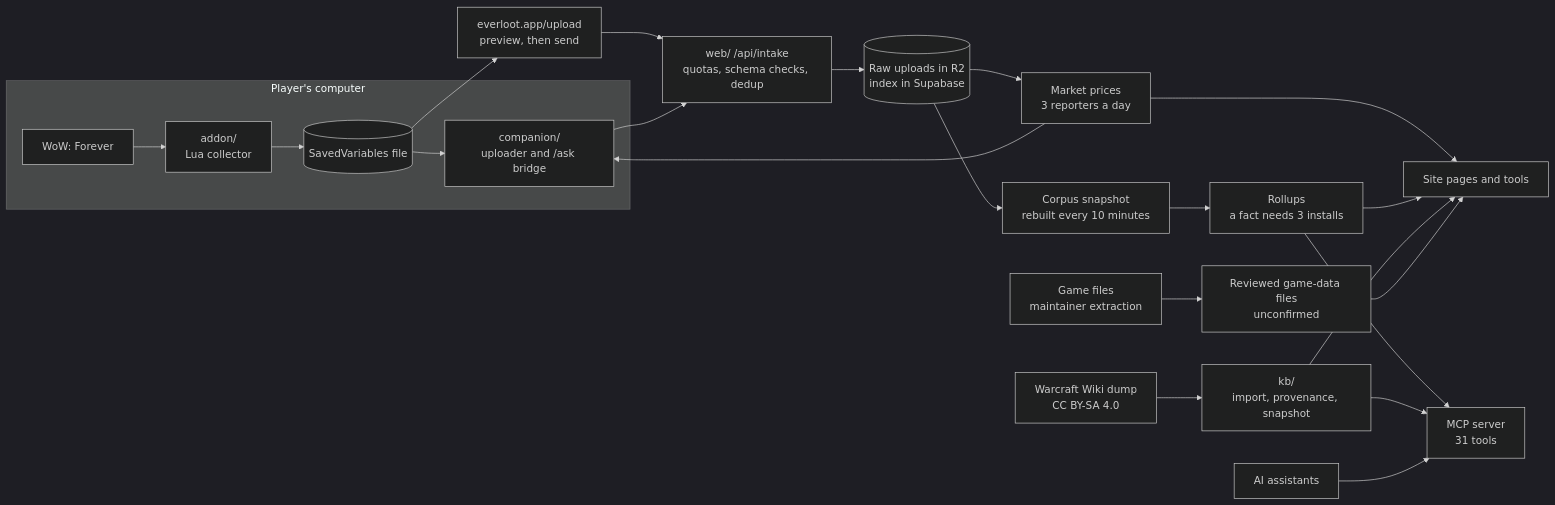
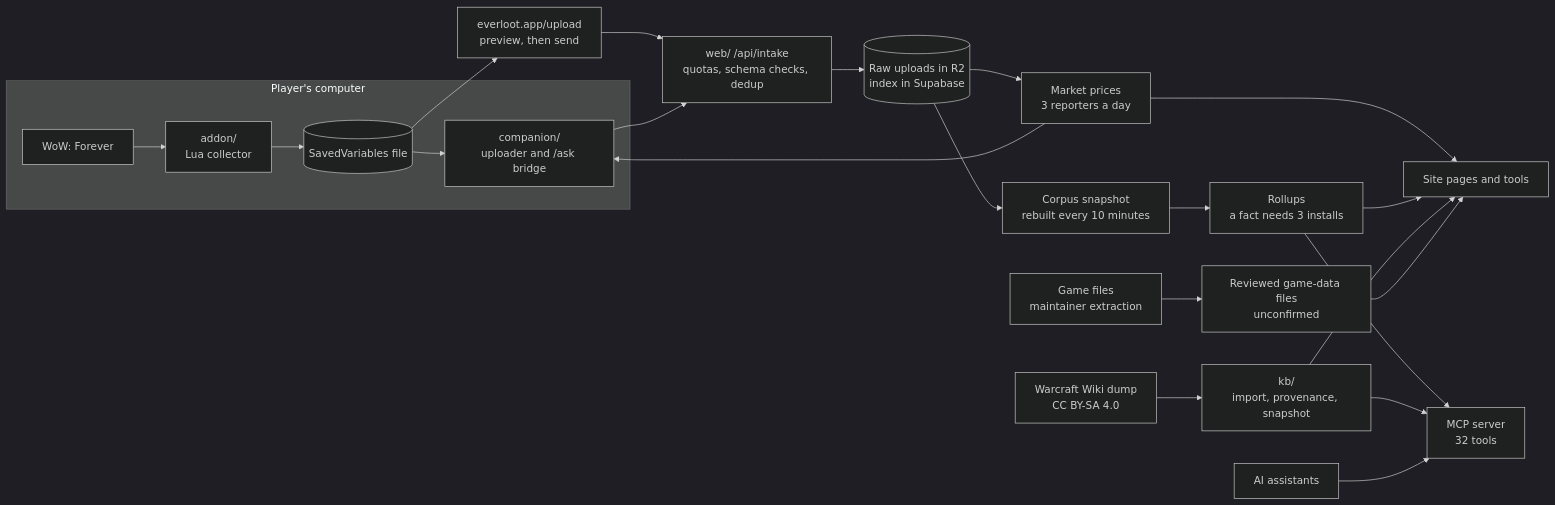
Before and after one commit to Everloot/everloot: the diagram in README.md, drawn with Mermaid (dark theme). The commit also changed other lines of this file and 41 other files, not shown here.

````diff
--- a/README.md
+++ b/README.md
@@ -98,25 +98,25 @@
 ```mermaid
 flowchart LR
   subgraph player["Player's computer"]
     game["WoW: Forever"] --> addon["addon/<br/>Lua collector"]
     addon --> sv[("SavedVariables file")]
     sv --> companion["companion/<br/>uploader and /ask bridge"]
   end
   sv --> upload["everloot.app/upload<br/>preview, then send"]
   upload --> intake["web/ /api/intake<br/>quotas, schema checks, dedup"]
   companion --> intake
   intake --> store[("Raw uploads in R2<br/>index in Supabase")]
   store --> corpus["Corpus snapshot<br/>rebuilt every 10 minutes"]
   corpus --> rollups["Rollups<br/>a fact needs 3 installs"]
   store --> market["Market prices<br/>3 reporters a day"]
   market --> site
   market --> companion
   rollups --> site["Site pages and tools"]
-  rollups --> mcp["MCP server<br/>31 tools"]
+  rollups --> mcp["MCP server<br/>32 tools"]
   wiki["Warcraft Wiki dump<br/>CC BY-SA 4.0"] --> kb["kb/<br/>import, provenance, snapshot"]
   files["Game files<br/>maintainer extraction"] --> gamedata["Reviewed game-data files<br/>unconfirmed"]
   kb --> site
   kb --> mcp
   gamedata --> site
   assistant["AI assistants"] --> mcp
 ```
````
